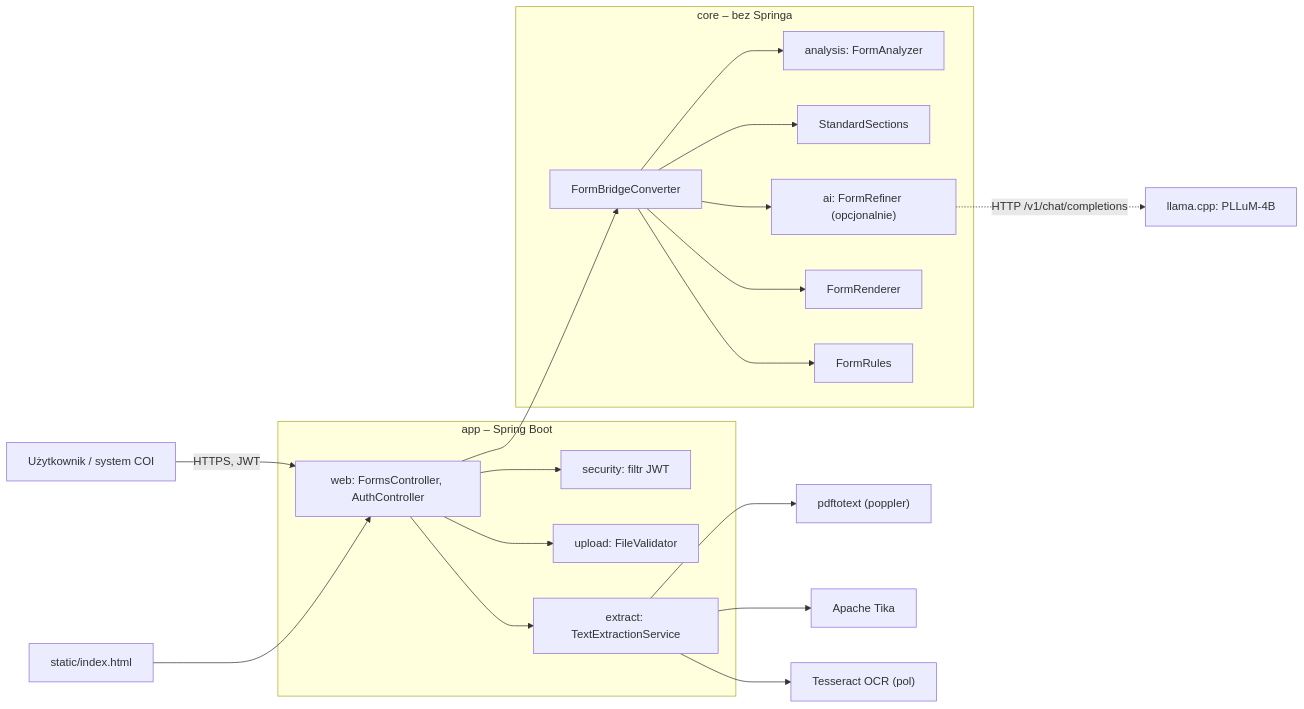
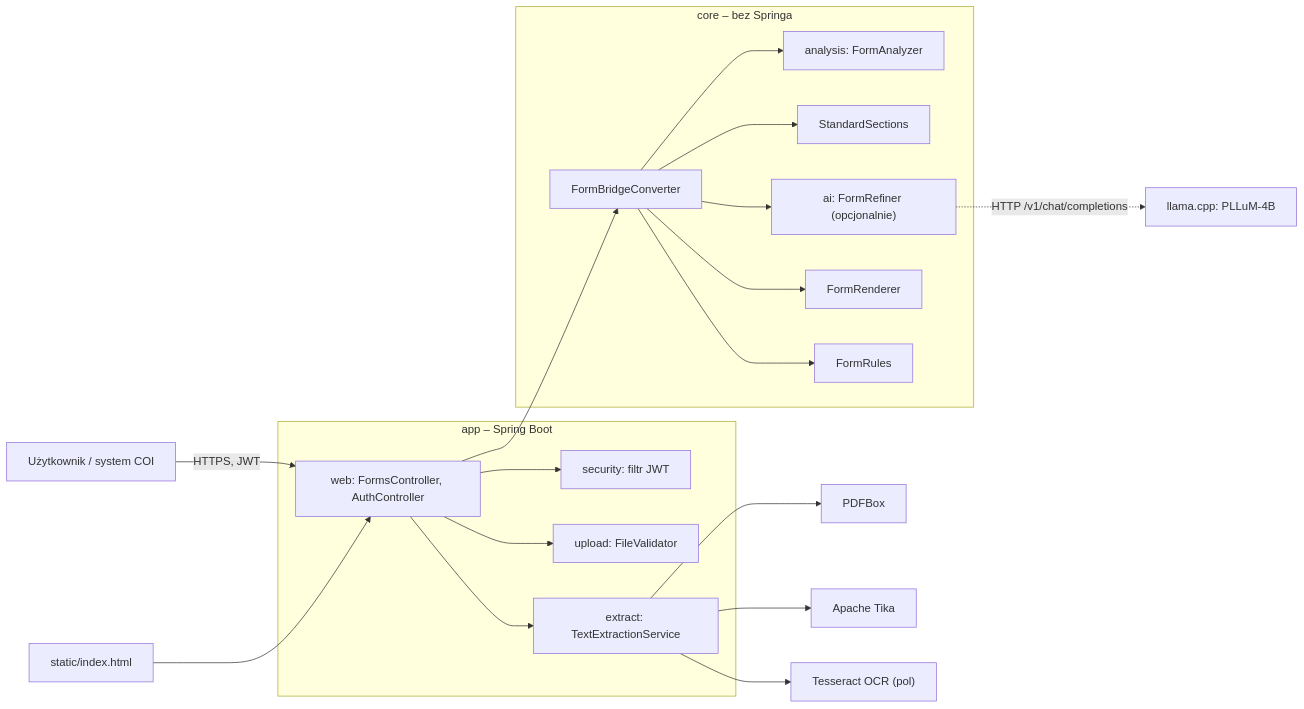
Before and after one commit to mandreik01/Formbrige: the first of 6 diagrams in docs/ARCHITECTURE.md, drawn with Mermaid. The commit also changed other lines of this file and 1 other file, not shown here.

````diff
--- a/docs/ARCHITECTURE.md
+++ b/docs/ARCHITECTURE.md
@@ -51,35 +51,35 @@
 ```mermaid
 flowchart LR
     U["Użytkownik / system COI"] -->|"HTTPS, JWT"| WEB
     UI["static/index.html"] --> WEB
 
     subgraph APP["app – Spring Boot"]
         WEB["web: FormsController, AuthController"]
         SEC["security: filtr JWT"]
         VAL["upload: FileValidator"]
         EXT["extract: TextExtractionService"]
         WEB --> SEC
         WEB --> VAL
         WEB --> EXT
     end
 
     subgraph CORE["core – bez Springa"]
         CONV["FormBridgeConverter"]
         AN["analysis: FormAnalyzer"]
         STD["StandardSections"]
         AI["ai: FormRefiner (opcjonalnie)"]
         REN["FormRenderer"]
         RUL["FormRules"]
         CONV --> AN
         CONV --> STD
         CONV --> AI
         CONV --> REN
         CONV --> RUL
     end
 
     WEB --> CONV
-    EXT --> PT["pdftotext (poppler)"]
+    EXT --> PT["PDFBox"]
     EXT --> TK["Apache Tika"]
     EXT --> OCR["Tesseract OCR (pol)"]
     AI -.->|"HTTP /v1/chat/completions"| LLM["llama.cpp: PLLuM-4B"]
 ```
````
